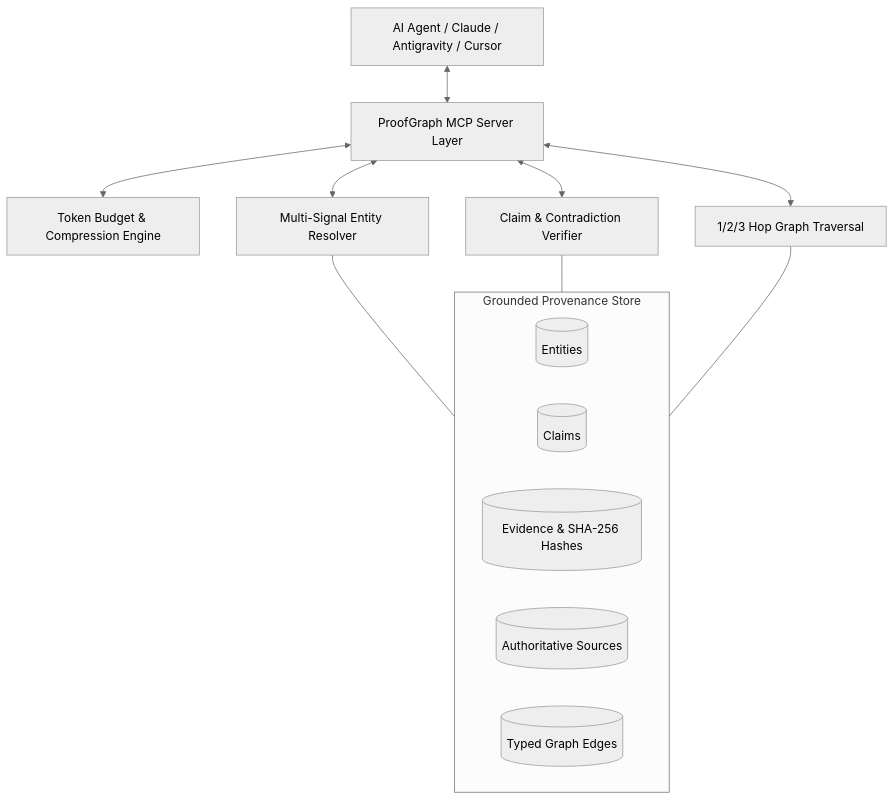
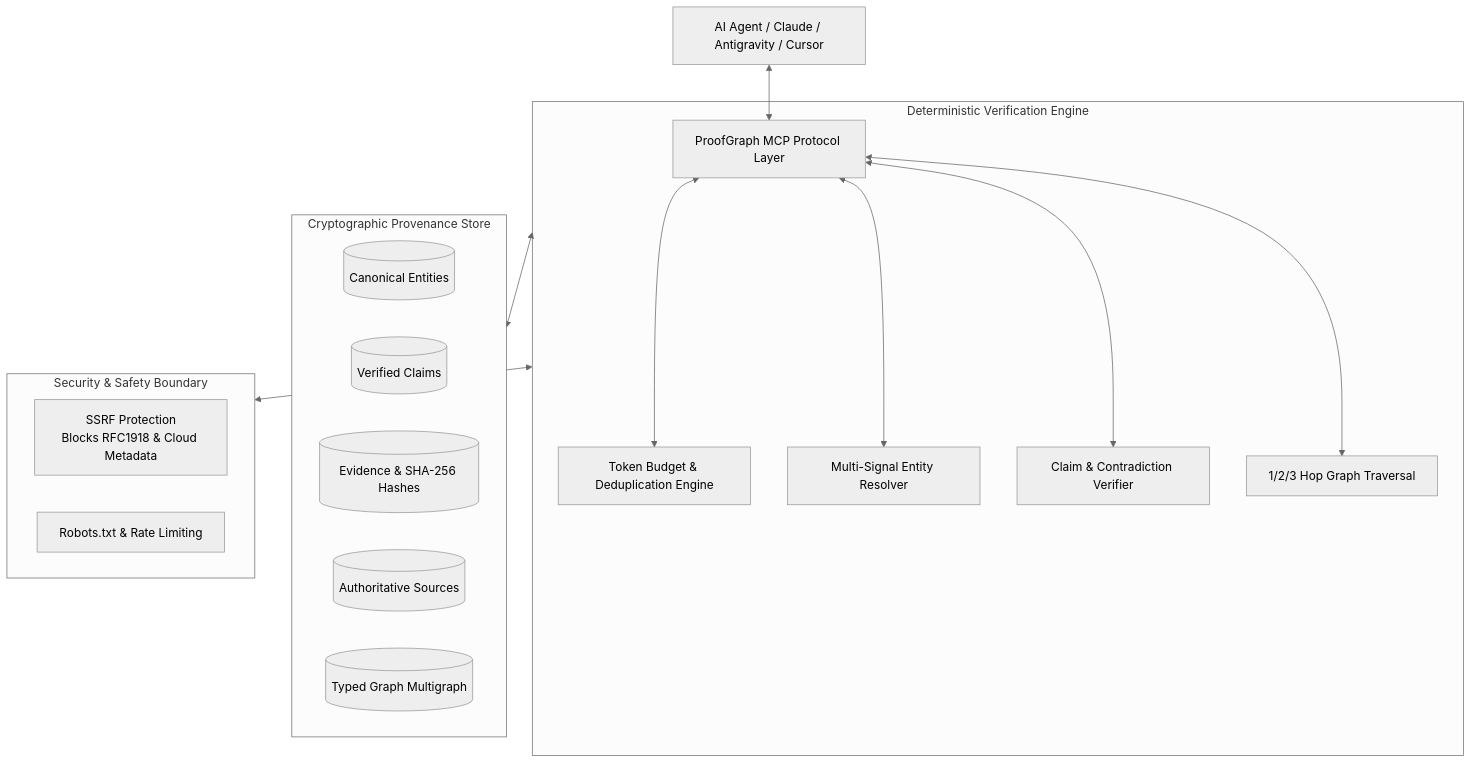
The diagram in README.md (AI-BuildInfra/proof-graph), drawn with Mermaid (neutral theme) before and after one commit. The commit also changed other lines of this file and 1 other file, not shown here.

Commit message:
Add .well-known/m8ven-publisher.txt and update README with M8ven badge and benchmarks

````diff
--- a/README.md
+++ b/README.md
@@ -47,20 +182,28 @@
 ```mermaid
 flowchart TD
-    Client[AI Agent / Claude / Antigravity / Cursor] <--> MCP[ProofGraph MCP Server Layer]
-    MCP <--> Optimizer[Token Budget & Compression Engine]
-    MCP <--> Verifier[Claim & Contradiction Verifier]
-    MCP <--> Resolver[Multi-Signal Entity Resolver]
-    MCP <--> Traversal[1/2/3 Hop Graph Traversal]
+    Agent[AI Agent / Claude / Antigravity / Cursor] <--> MCP[ProofGraph MCP Protocol Layer]
     
-    subgraph StorageLayer [Grounded Provenance Store]
-        Entities[(Entities)]
-        Claims[(Claims)]
+    subgraph Engine [Deterministic Verification Engine]
+        MCP <--> Optimizer[Token Budget & Deduplication Engine]
+        MCP <--> Resolver[Multi-Signal Entity Resolver]
+        MCP <--> Verifier[Claim & Contradiction Verifier]
+        MCP <--> Traversal[1/2/3 Hop Graph Traversal]
+    end
+    
+    subgraph Storage [Cryptographic Provenance Store]
+        Entities[(Canonical Entities)]
+        Claims[(Verified Claims)]
         Evidence[(Evidence & SHA-256 Hashes)]
         Sources[(Authoritative Sources)]
-        Relationships[(Typed Graph Edges)]
+        Relationships[(Typed Graph Multigraph)]
     end
     
-    Resolver --- StorageLayer
-    Verifier --- StorageLayer
-    Traversal --- StorageLayer
+    Engine <--> Storage
+    
+    subgraph Security [Security & Safety Boundary]
+        SafeFetch[SSRF Protection\nBlocks RFC1918 & Cloud Metadata]
+        Robots[Robots.txt & Rate Limiting]
+    end
+    
+    Engine <--> Security
 ```
````
